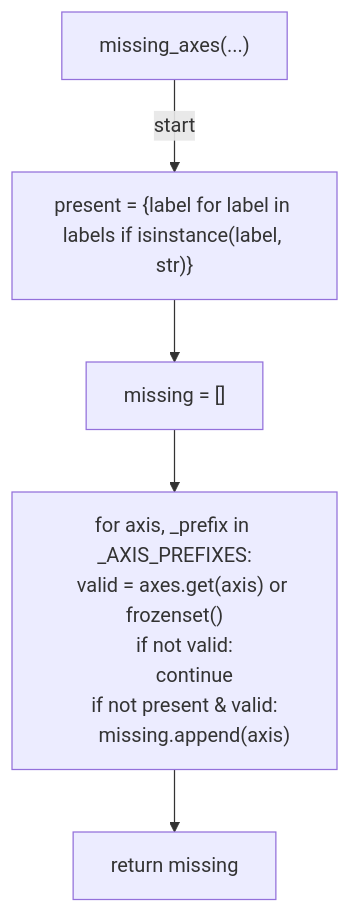
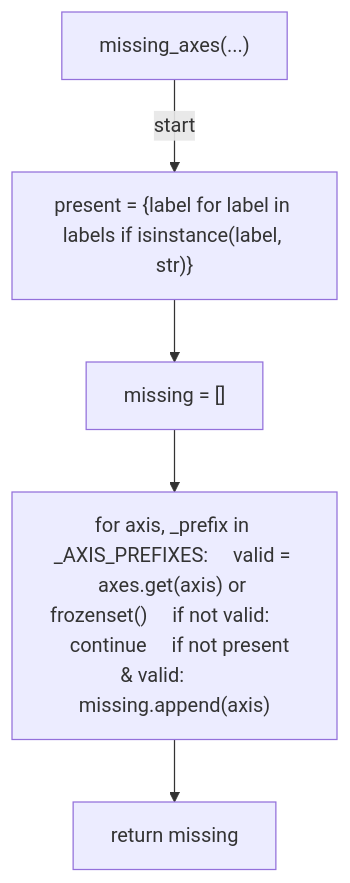
The second of 5 diagrams in docs/generated/scripts/ast/gate_issue_classification_labels.md (tvna/claude-md), drawn with Mermaid before and after one commit. The commit also changed other lines of this file and 30 other files, not shown here.

First line of the commit message:
docs(generated): regenerate decision tree and workflow diagrams (batch 2/5)

````diff
--- a/docs/generated/scripts/ast/gate_issue_classification_labels.md
+++ b/docs/generated/scripts/ast/gate_issue_classification_labels.md
@@ -29,17 +28,12 @@
 ```mermaid
 flowchart TD
     N001["missing_axes(...)"]
     N002["present = {label for label in labels if isinstance(label, str)}"]
     N003["missing = []"]
-    N004["for axis, _prefix in _AXIS_PREFIXES:
-    valid = axes.get(axis) or frozenset()
-    if not valid:
-        continue
-    if not present & valid:
-        missing.append(axis)"]
+    N004["for axis, _prefix in _AXIS_PREFIXES:     valid = axes.get(axis) or frozenset()     if not valid:         continue     if not present & valid:         missing.append(axis)"]
     N005["return missing"]
     N001 -->|"start"| N002
     N002 --> N003
     N003 --> N004
     N004 --> N005
 ```
````
